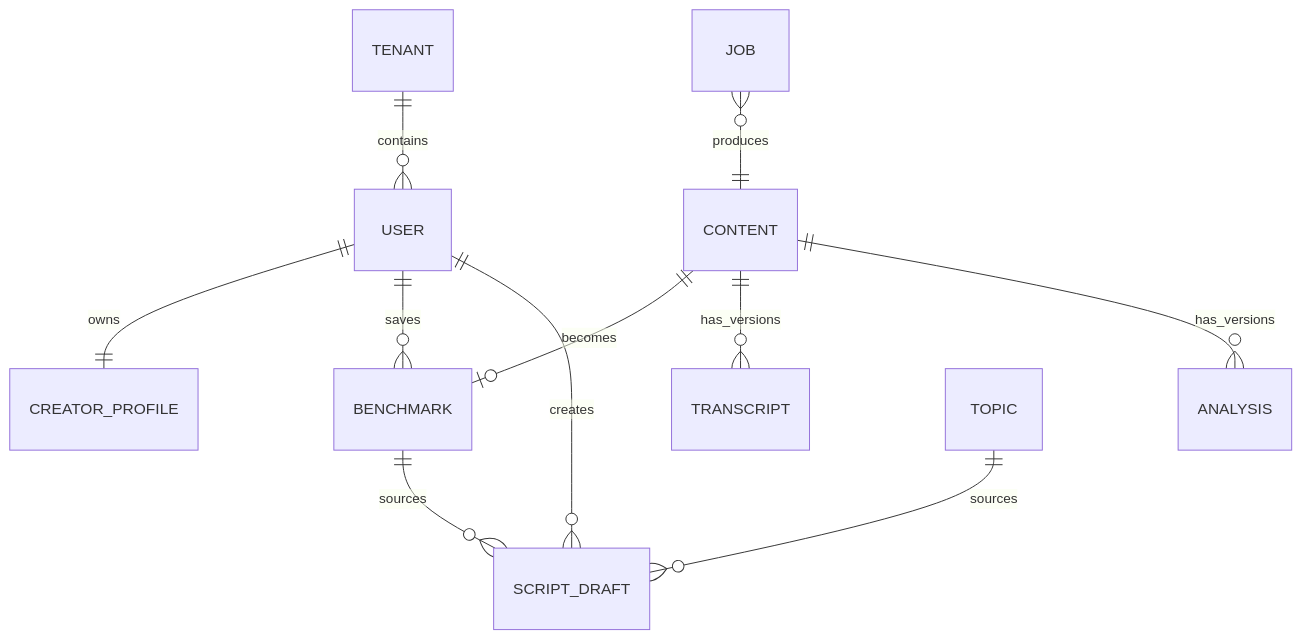
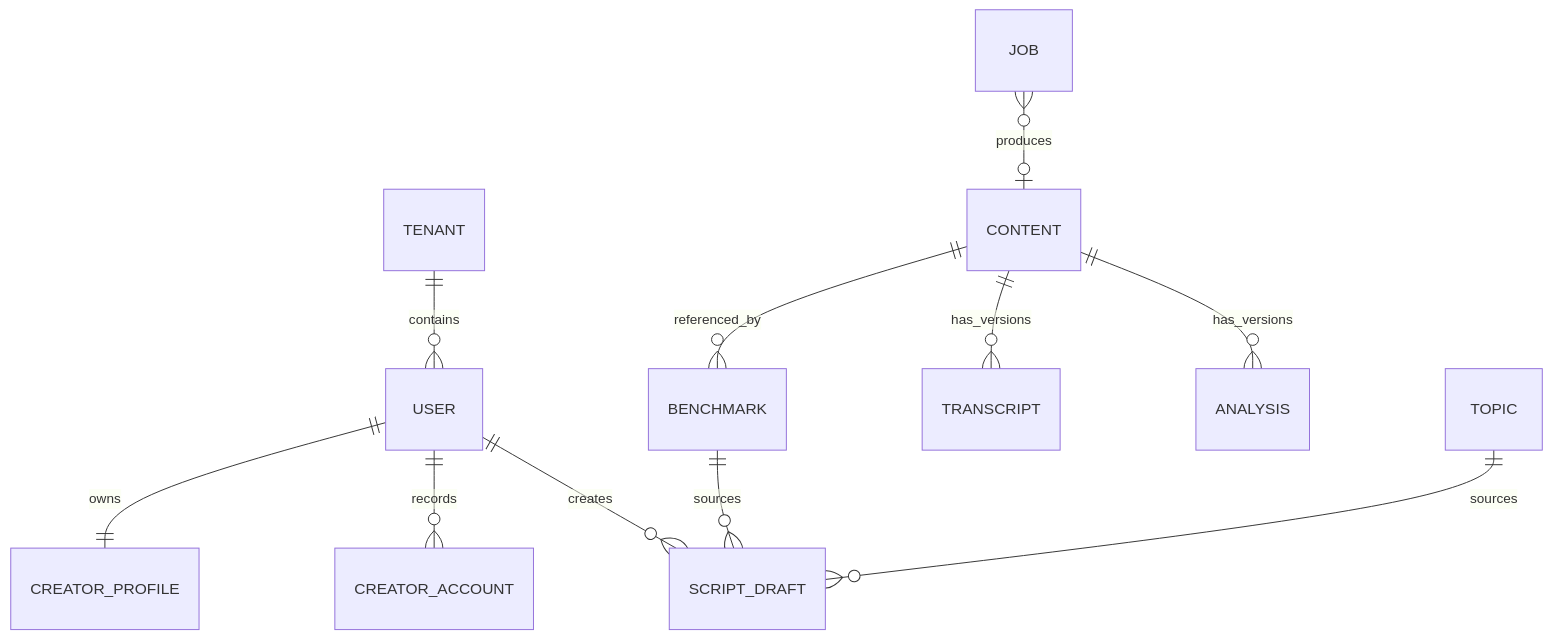
Before and after one commit to zhanglongfeng27101797/yayaxingqiu: the first of 2 diagrams in docs/technical/data-model.md, drawn with Mermaid. The commit also changed other lines of this file, not shown here.

Commit message:
docs: fix benchmark cardinality and clarify V1 account model

````diff
--- a/docs/technical/data-model.md
+++ b/docs/technical/data-model.md
@@ -5,13 +5,13 @@
 ```mermaid
 erDiagram
     TENANT ||--o{ USER : contains
     USER ||--|| CREATOR_PROFILE : owns
-    USER ||--o{ BENCHMARK : saves
+    USER ||--o{ CREATOR_ACCOUNT : records
     USER ||--o{ SCRIPT_DRAFT : creates
-    CONTENT ||--o| BENCHMARK : becomes
+    CONTENT ||--o{ BENCHMARK : referenced_by
     CONTENT ||--o{ TRANSCRIPT : has_versions
     CONTENT ||--o{ ANALYSIS : has_versions
     TOPIC ||--o{ SCRIPT_DRAFT : sources
     BENCHMARK ||--o{ SCRIPT_DRAFT : sources
-    JOB }o--|| CONTENT : produces
+    JOB }o--o| CONTENT : produces
 ```
````
